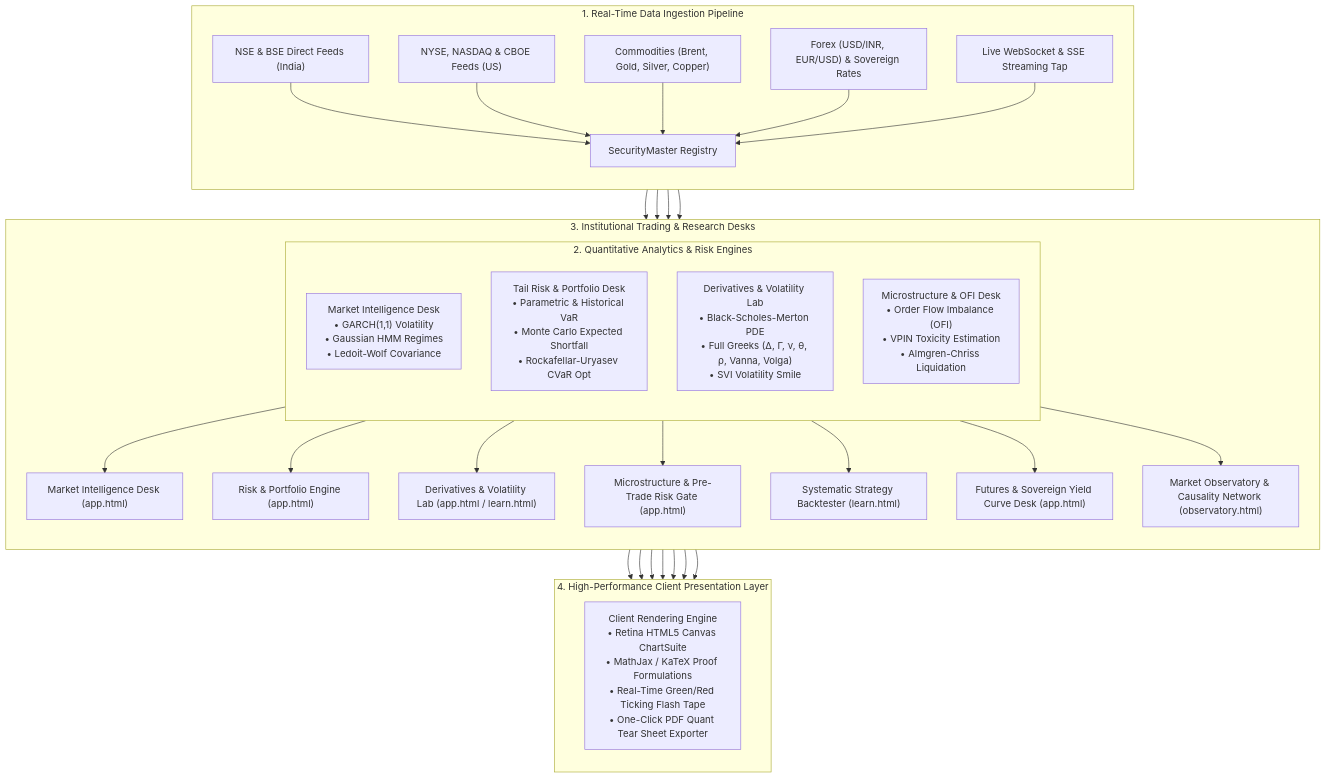
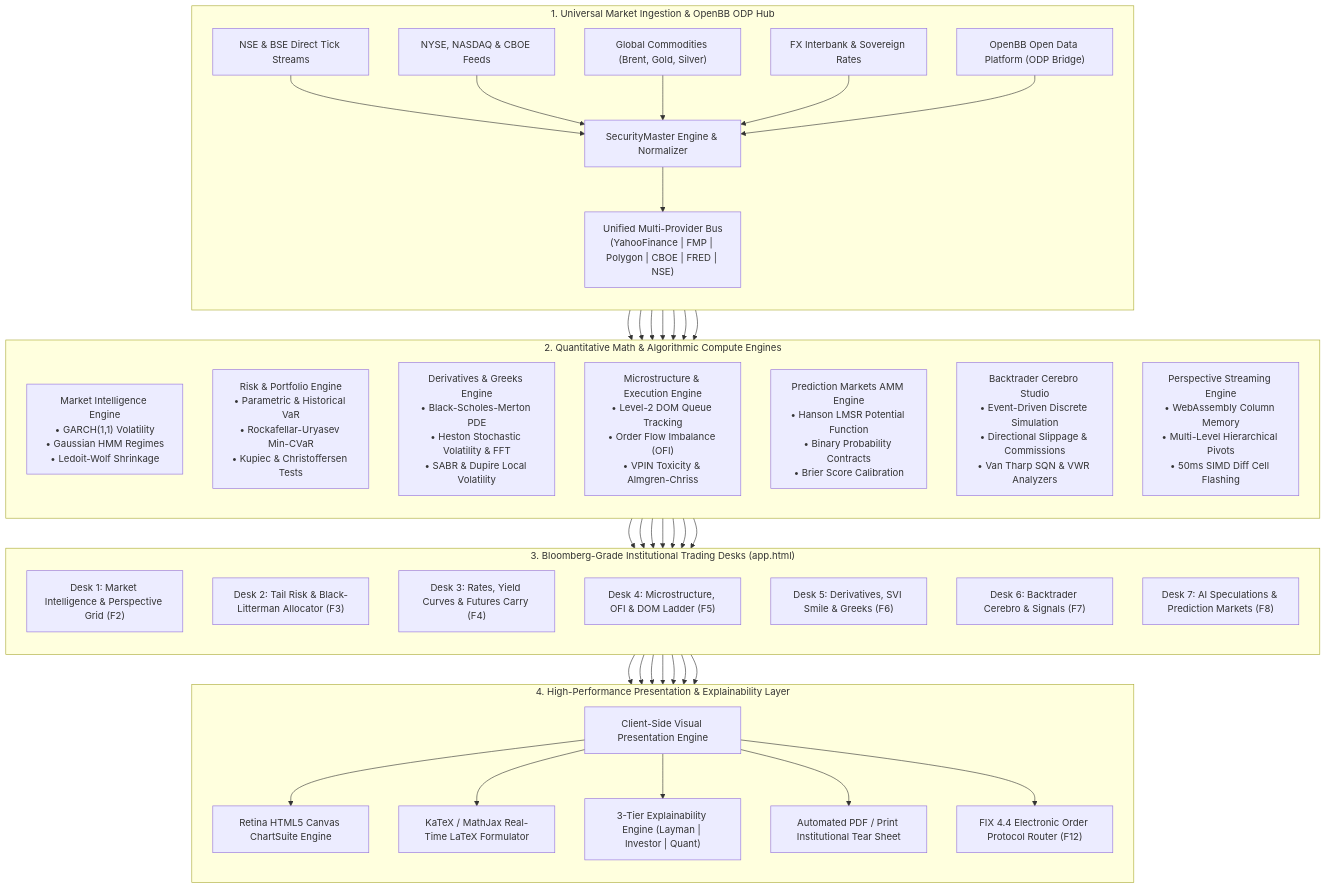
The first of 8 diagrams in README.md (Premchandyadav369/RISKOS), drawn with Mermaid before and after one commit. The commit also changed other lines of this file, not shown here.

Commit message:
docs(readme): remove all AI generated images and expand documentation with crystal-clear Mermaid architectural, trading desk, and mathematical flow diagrams

````diff
--- a/README.md
+++ b/README.md
@@ -44,35 +34,44 @@
 ```mermaid
 flowchart TB
-    subgraph INGESTION["1. Real-Time Data Ingestion Pipeline"]
+    subgraph INGESTION["1. Universal Market Ingestion & OpenBB ODP Hub"]
         direction TB
-        EX1["NSE & BSE Direct Feeds (India)"] --> SM["SecurityMaster Registry"]
-        EX2["NYSE, NASDAQ & CBOE Feeds (US)"] --> SM
-        EX3["Commodities (Brent, Gold, Silver, Copper)"] --> SM
-        EX4["Forex (USD/INR, EUR/USD) & Sovereign Rates"] --> SM
-        WS["Live WebSocket & SSE Streaming Tap"] --> SM
+        F1["NSE & BSE Direct Tick Streams"] --> SM["SecurityMaster Engine & Normalizer"]
+        F2["NYSE, NASDAQ & CBOE Feeds"] --> SM
+        F3["Global Commodities (Brent, Gold, Silver)"] --> SM
+        F4["FX Interbank & Sovereign Rates"] --> SM
+        F5["OpenBB Open Data Platform (ODP Bridge)"] --> SM
+        SM --> PB["Unified Multi-Provider Bus\n(YahooFinance | FMP | Polygon | CBOE | FRED | NSE)"]
     end
 
-    subgraph ENGINE["2. Quantitative Analytics & Risk Engines"]
+    subgraph CORE_ENGINES["2. Quantitative Math & Algorithmic Compute Engines"]
         direction TB
-        SM --> MKT["Market Intelligence Desk\n• GARCH(1,1) Volatility\n• Gaussian HMM Regimes\n• Ledoit-Wolf Covariance"]
-        SM --> RISK["Tail Risk & Portfolio Desk\n• Parametric & Historical VaR\n• Monte Carlo Expected Shortfall\n• Rockafellar-Uryasev CVaR Opt"]
-        SM --> DERIV["Derivatives & Volatility Lab\n• Black-Scholes-Merton PDE\n• Full Greeks (Δ, Γ, ν, θ, ρ, Vanna, Volga)\n• SVI Volatility Smile"]
-        SM --> MICRO["Microstructure & OFI Desk\n• Order Flow Imbalance (OFI)\n• VPIN Toxicity Estimation\n• Almgren-Chriss Liquidation"]
+        PB --> MKT["Market Intelligence Engine\n• GARCH(1,1) Volatility\n• Gaussian HMM Regimes\n• Ledoit-Wolf Shrinkage"]
+        PB --> RISK["Risk & Portfolio Engine\n• Parametric & Historical VaR\n• Rockafellar-Uryasev Min-CVaR\n• Kupiec & Christoffersen Tests"]
+        PB --> DERIV["Derivatives & Greeks Engine\n• Black-Scholes-Merton PDE\n• Heston Stochastic Volatility & FFT\n• SABR & Dupire Local Volatility"]
+        PB --> MICRO["Microstructure & Execution Engine\n• Level-2 DOM Queue Tracking\n• Order Flow Imbalance (OFI)\n• VPIN Toxicity & Almgren-Chriss"]
+        PB --> PREDICT["Prediction Markets AMM Engine\n• Hanson LMSR Potential Function\n• Binary Probability Contracts\n• Brier Score Calibration"]
+        PB --> BACKTEST["Backtrader Cerebro Studio\n• Event-Driven Discrete Simulation\n• Directional Slippage & Commissions\n• Van Tharp SQN & VWR Analyzers"]
+        PB --> PERSPECTIVE["Perspective Streaming Engine\n• WebAssembly Column Memory\n• Multi-Level Hierarchical Pivots\n• 50ms SIMD Diff Cell Flashing"]
     end
 
-    subgraph DESKS["3. Institutional Trading & Research Desks"]
+    subgraph DESKS["3. Bloomberg-Grade Institutional Trading Desks (app.html)"]
         direction TB
-        MKT --> D1["Market Intelligence Desk (app.html)"]
-        RISK --> D2["Risk & Portfolio Engine (app.html)"]
-        DERIV --> D3["Derivatives & Volatility Lab (app.html / learn.html)"]
-        MICRO --> D4["Microstructure & Pre-Trade Risk Gate (app.html)"]
-        ENGINE --> D5["Systematic Strategy Backtester (learn.html)"]
-        ENGINE --> D6["Futures & Sovereign Yield Curve Desk (app.html)"]
-        ENGINE --> D7["Market Observatory & Causality Network (observatory.html)"]
+        MKT --> D1["Desk 1: Market Intelligence & Perspective Grid (F2)"]
+        RISK --> D2["Desk 2: Tail Risk & Black-Litterman Allocator (F3)"]
+        DERIV --> D3["Desk 3: Rates, Yield Curves & Futures Carry (F4)"]
+        MICRO --> D4["Desk 4: Microstructure, OFI & DOM Ladder (F5)"]
+        DERIV --> D5["Desk 5: Derivatives, SVI Smile & Greeks (F6)"]
+        BACKTEST --> D6["Desk 6: Backtrader Cerebro & Signals (F7)"]
+        PREDICT --> D7["Desk 7: AI Speculations & Prediction Markets (F8)"]
     end
 
-    subgraph UI["4. High-Performance Client Presentation Layer"]
+    subgraph PRESENTATION["4. High-Performance Presentation & Explainability Layer"]
         direction TB
-        D1 & D2 & D3 & D4 & D5 & D6 & D7 --> RENDER["Client Rendering Engine\n• Retina HTML5 Canvas ChartSuite\n• MathJax / KaTeX Proof Formulations\n• Real-Time Green/Red Ticking Flash Tape\n• One-Click PDF Quant Tear Sheet Exporter"]
+        D1 & D2 & D3 & D4 & D5 & D6 & D7 --> UI["Client-Side Visual Presentation Engine"]
+        UI --> CANV["Retina HTML5 Canvas ChartSuite Engine"]
+        UI --> MATH["KaTeX / MathJax Real-Time LaTeX Formulator"]
+        UI --> EXP["3-Tier Explainability Engine (Layman | Investor | Quant)"]
+        UI --> TEAR["Automated PDF / Print Institutional Tear Sheet"]
+        UI --> FIX["FIX 4.4 Electronic Order Protocol Router (F12)"]
     end
 ```
````
